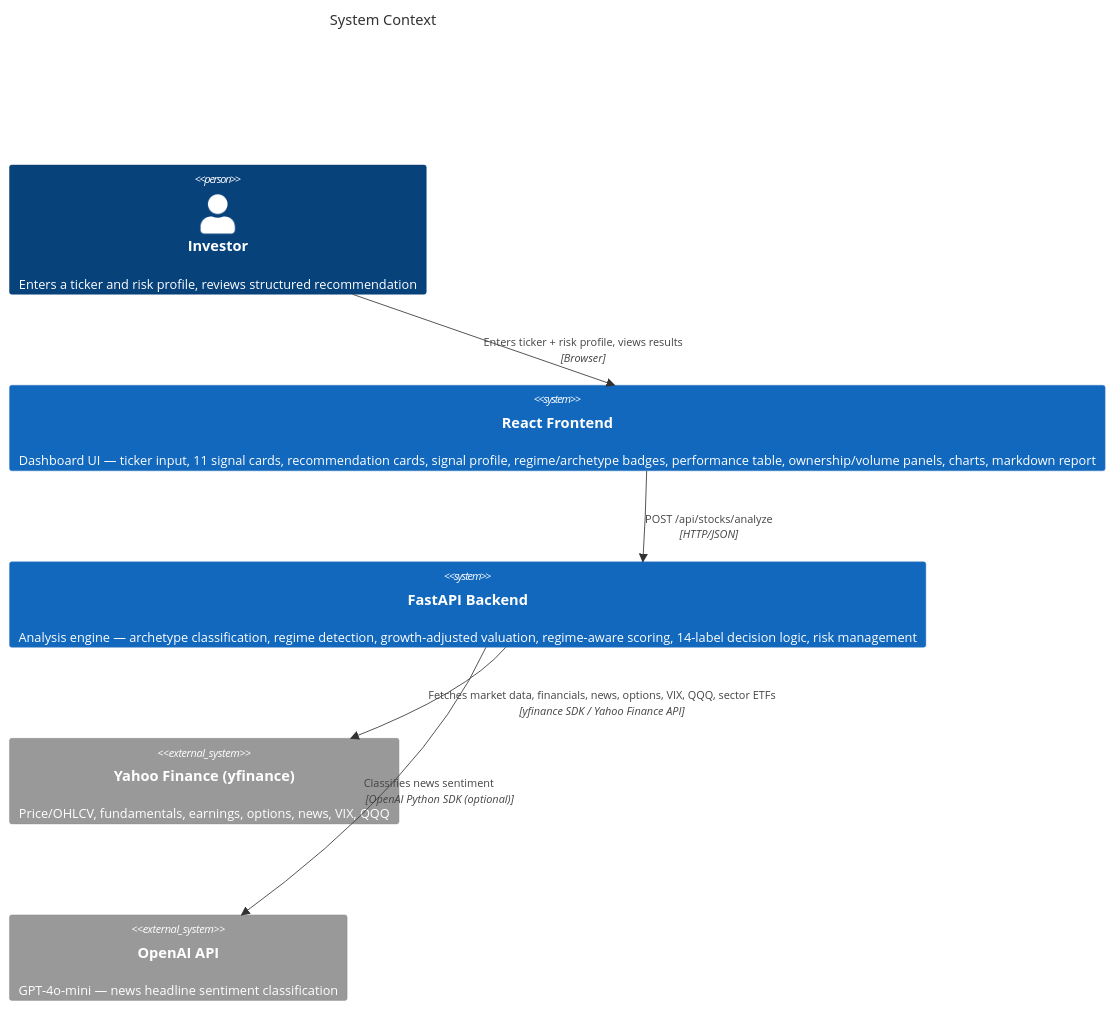
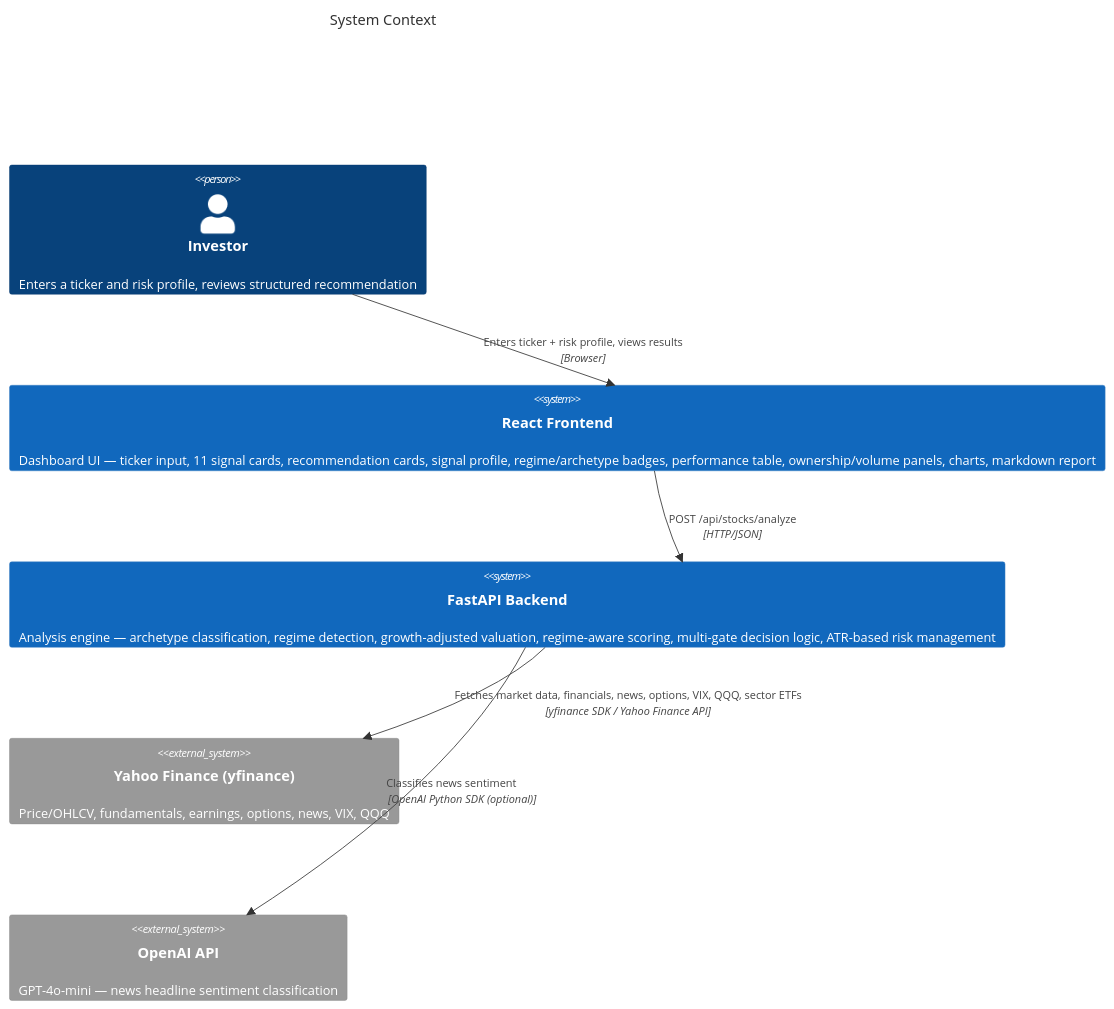
The first of 14 diagrams in HLD.md (krutikpatel/stockBuyDecisioner1), drawn with Mermaid before and after one commit. The commit also changed other lines of this file and 9 other files, not shown here.

````diff
--- a/HLD.md
+++ b/HLD.md
@@ -9,17 +9,17 @@
 ```mermaid
 C4Context
   title System Context
 
   Person(user, "Investor", "Enters a ticker and risk profile, reviews structured recommendation")
 
   System(frontend, "React Frontend", "Dashboard UI — ticker input, 11 signal cards, recommendation cards, signal profile, regime/archetype badges, performance table, ownership/volume panels, charts, markdown report")
-  System(backend, "FastAPI Backend", "Analysis engine — archetype classification, regime detection, growth-adjusted valuation, regime-aware scoring, 14-label decision logic, risk management")
+  System(backend, "FastAPI Backend", "Analysis engine — archetype classification, regime detection, growth-adjusted valuation, regime-aware scoring, multi-gate decision logic, ATR-based risk management")
 
   System_Ext(yfinance, "Yahoo Finance (yfinance)", "Price/OHLCV, fundamentals, earnings, options, news, VIX, QQQ")
   System_Ext(openai, "OpenAI API", "GPT-4o-mini — news headline sentiment classification")
 
   Rel(user, frontend, "Enters ticker + risk profile, views results", "Browser")
   Rel(frontend, backend, "POST /api/stocks/analyze", "HTTP/JSON")
   Rel(backend, yfinance, "Fetches market data, financials, news, options, VIX, QQQ, sector ETFs", "yfinance SDK / Yahoo Finance API")
   Rel(backend, openai, "Classifies news sentiment", "OpenAI Python SDK (optional)")
 ```
````
